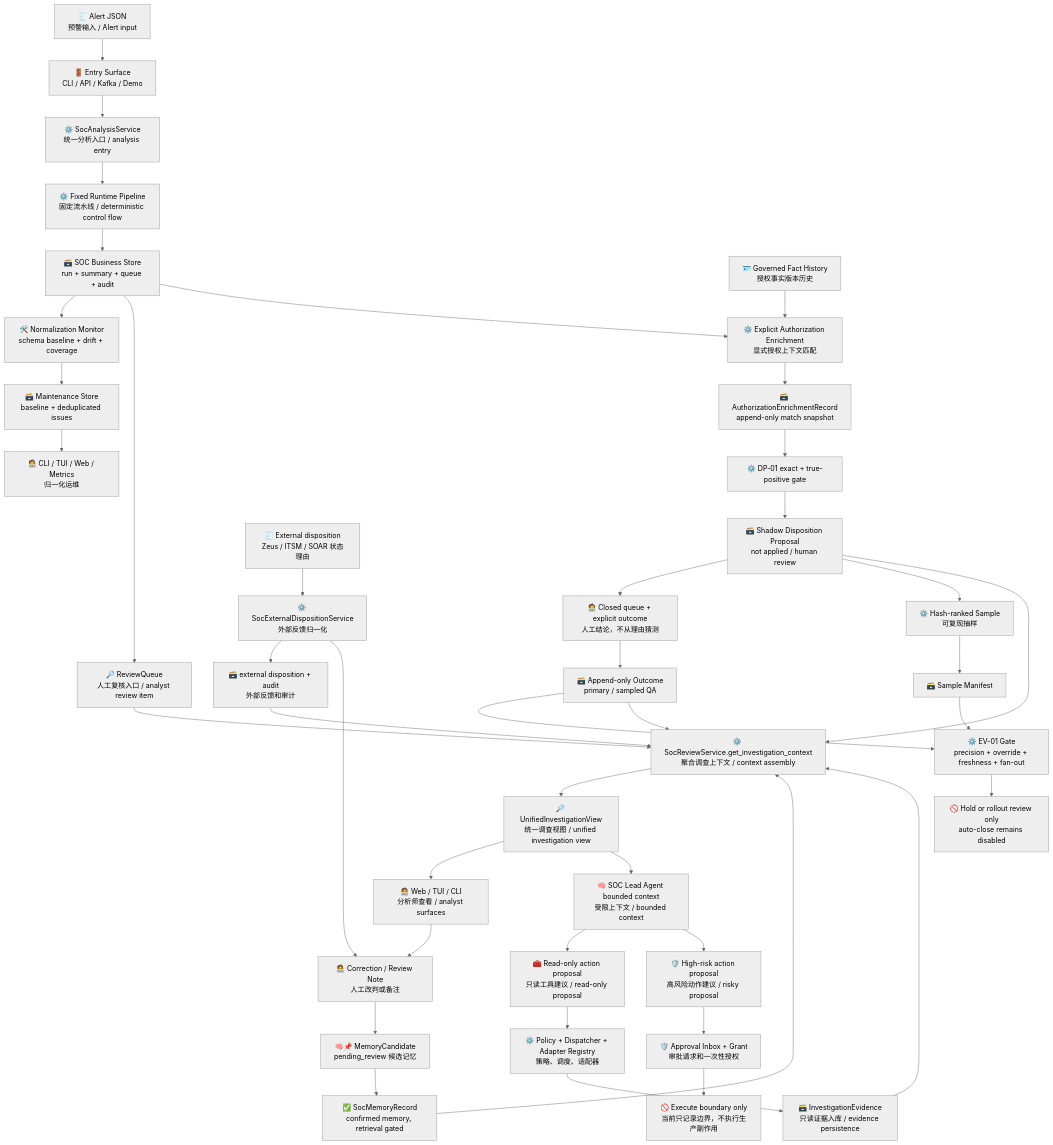
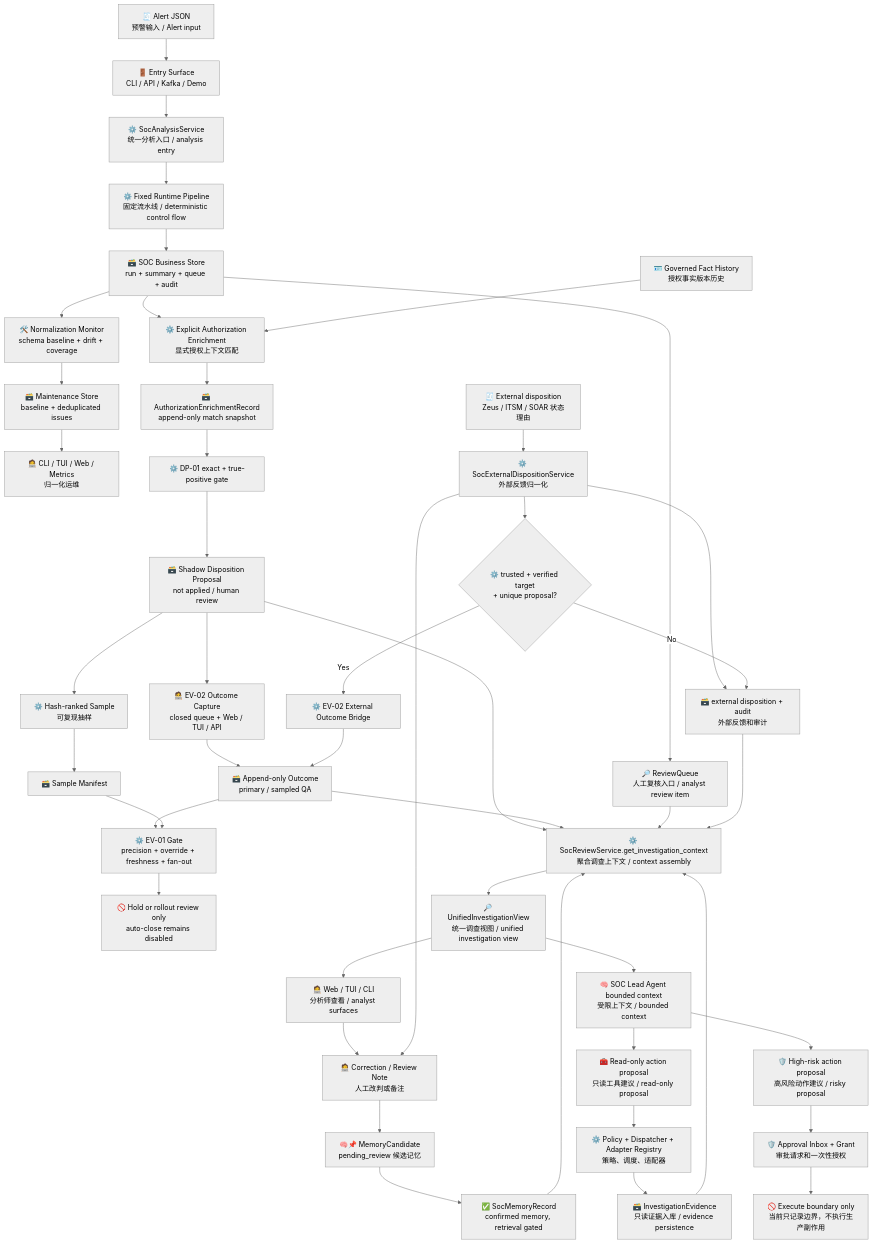
One commit to yydspanda/deer-flow changed the first of 18 diagrams in .notes/ai_soc/alert-lifecycle-flow.md. Above: the diagram before and after it, drawn with Mermaid (neutral theme). The commit also changed other lines of this file and 24 other files, not shown here.

````diff
--- a/.notes/ai_soc/alert-lifecycle-flow.md
+++ b/.notes/ai_soc/alert-lifecycle-flow.md
@@ -31,50 +31,54 @@
 ```mermaid
 flowchart TD
     A["🧾 Alert JSON<br/>预警输入 / Alert input"] --> B["🚪 Entry Surface<br/>CLI / API / Kafka / Demo"]
     B --> C["⚙️ SocAnalysisService<br/>统一分析入口 / analysis entry"]
     C --> D["⚙️ Fixed Runtime Pipeline<br/>固定流水线 / deterministic control flow"]
     D --> E["🗃️ SOC Business Store<br/>run + summary + queue + audit"]
     E --> W["🛠️ Normalization Monitor<br/>schema baseline + drift + coverage"]
     W --> X["🗃️ Maintenance Store<br/>baseline + deduplicated issues"]
     X --> Y["🧑‍💻 CLI / TUI / Web / Metrics<br/>归一化运维"]
 
     E --> F["🔎 ReviewQueue<br/>人工复核入口 / analyst review item"]
     E --> Z1["⚙️ Explicit Authorization Enrichment<br/>显式授权上下文匹配"]
     Z0["🪪 Governed Fact History<br/>授权事实版本历史"] --> Z1
     Z1 --> Z2["🗃️ AuthorizationEnrichmentRecord<br/>append-only match snapshot"]
     Z2 --> Z3["⚙️ DP-01 exact + true-positive gate"]
     Z3 --> Z4["🗃️ Shadow Disposition Proposal<br/>not applied / human review"]
-    Z4 --> Z5["🧑‍💻 Closed queue + explicit outcome<br/>人工结论，不从理由猜测"]
+    Z4 --> Z5["🧑‍💻 EV-02 Outcome Capture<br/>closed queue + Web / TUI / API"]
     Z5 --> Z6["🗃️ Append-only Outcome<br/>primary / sampled QA"]
     Z4 --> Z7["⚙️ Hash-ranked Sample<br/>可复现抽样"]
     Z7 --> Z8["🗃️ Sample Manifest"]
     Z6 --> Z9["⚙️ EV-01 Gate<br/>precision + override + freshness + fan-out"]
     Z8 --> Z9
     Z9 --> Z10["🚫 Hold or rollout review only<br/>auto-close remains disabled"]
     Z4 --> G
     Z6 --> G
     F --> G["⚙️ SocReviewService.get_investigation_context<br/>聚合调查上下文 / context assembly"]
 
     G --> H["🔎 UnifiedInvestigationView<br/>统一调查视图 / unified investigation view"]
     H --> I["🧑‍💻 Web / TUI / CLI<br/>分析师查看 / analyst surfaces"]
     H --> J["🧠 SOC Lead Agent bounded context<br/>受限上下文 / bounded context"]
 
     J --> K["🧰 Read-only action proposal<br/>只读工具建议 / read-only proposal"]
     K --> L["⚙️ Policy + Dispatcher + Adapter Registry<br/>策略、调度、适配器"]
     L --> M["🗃️ InvestigationEvidence<br/>只读证据入库 / evidence persistence"]
     M --> G
 
     J --> N["🛡️ High-risk action proposal<br/>高风险动作建议 / risky proposal"]
     N --> O["🛡️ Approval Inbox + Grant<br/>审批请求和一次性授权"]
     O --> P["🚫 Execute boundary only<br/>当前只记录边界，不执行生产副作用"]
 
     I --> Q["🧑‍💻 Correction / Review Note<br/>人工改判或备注"]
     Q --> R["🧠📌 MemoryCandidate<br/>pending_review 候选记忆"]
     R --> S["✅ SocMemoryRecord<br/>confirmed memory, retrieval gated"]
     S --> G
 
     T["🧾 External disposition<br/>Zeus / ITSM / SOAR 状态理由"] --> U["⚙️ SocExternalDispositionService<br/>外部反馈归一化"]
     U --> V["🗃️ external disposition + audit<br/>外部反馈和审计"]
+    U --> Z11{"⚙️ trusted + verified target<br/>+ unique proposal?"}
+    Z11 -->|Yes| Z12["⚙️ EV-02 External Outcome Bridge"]
+    Z12 --> Z6
+    Z11 -->|No| V
     U --> Q
     V --> G
 ```
````
